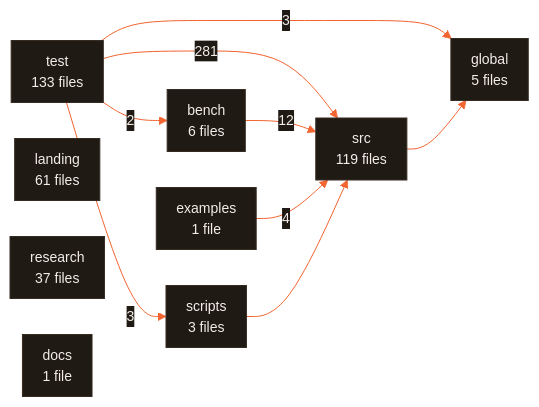
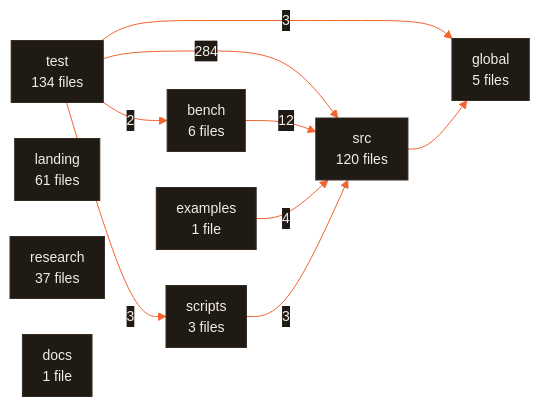
One commit to CodeWithJuber/forgekit changed the fifth of 5 diagrams in ARCHITECTURE.md. Above: the diagram before and after it, drawn with Mermaid. The commit also changed other lines of this file and 12 other files, not shown here.

````diff
--- a/ARCHITECTURE.md
+++ b/ARCHITECTURE.md
@@ -675,21 +677,21 @@
 ```mermaid
 %%{init: {'theme':'base','themeVariables':{'primaryColor':'#201a15','primaryTextColor':'#f2ede7','primaryBorderColor':'#372c22','lineColor':'#f26430','secondaryColor':'#272019','tertiaryColor':'#171310','edgeLabelBackground':'#201a15','clusterBkg':'#171310','clusterBorder':'#4a3b2e','fontFamily':'ui-sans-serif, system-ui, sans-serif','fontSize':'14px'},'flowchart':{'curve':'basis','padding':10,'nodeSpacing':36,'rankSpacing':44}}}%%
 flowchart LR
-  test["test<br/>133 files"]
-  src["src<br/>119 files"]
+  test["test<br/>134 files"]
+  src["src<br/>120 files"]
   landing["landing<br/>61 files"]
   research["research<br/>37 files"]
   bench["bench<br/>6 files"]
   global["global<br/>5 files"]
   scripts["scripts<br/>3 files"]
   docs["docs<br/>1 file"]
   examples["examples<br/>1 file"]
-  test -- 281 --> src
+  test -- 284 --> src
   bench -- 12 --> src
   examples -- 4 --> src
+  scripts -- 3 --> src
   test -- 3 --> global
   test -- 3 --> scripts
   test -- 2 --> bench
-  scripts --> src
   src --> global
 ```
````
